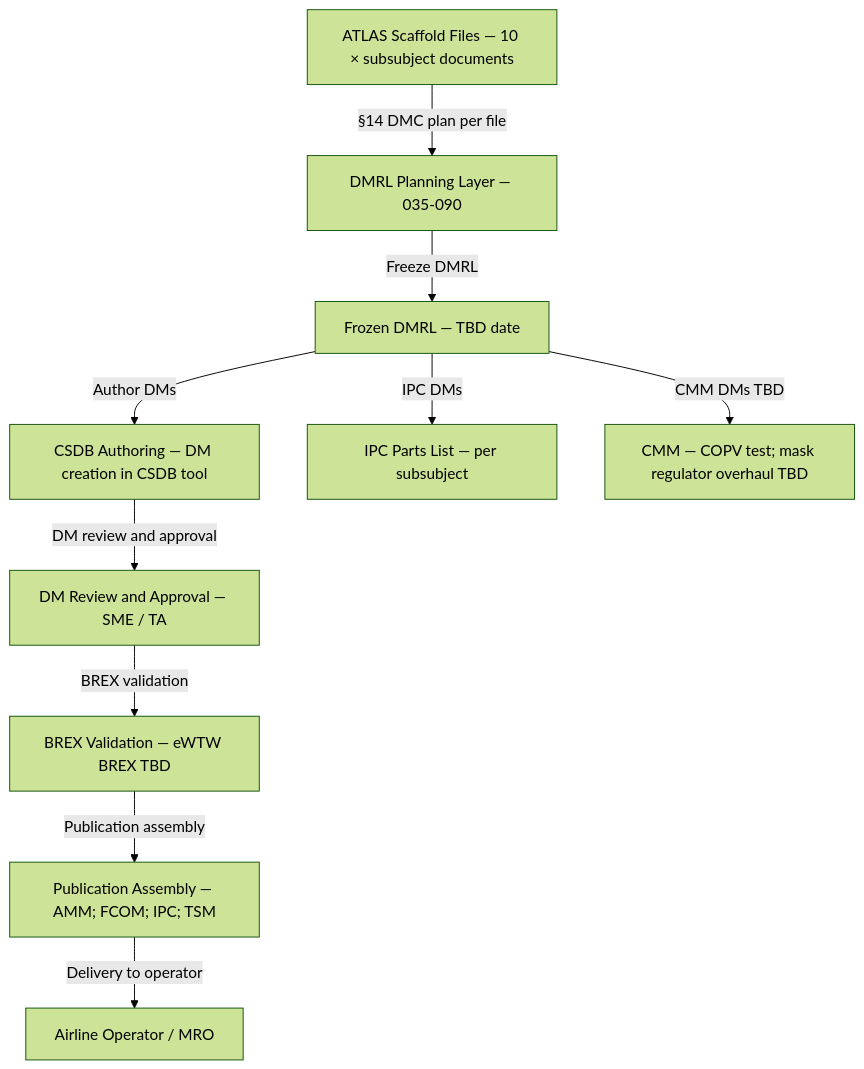
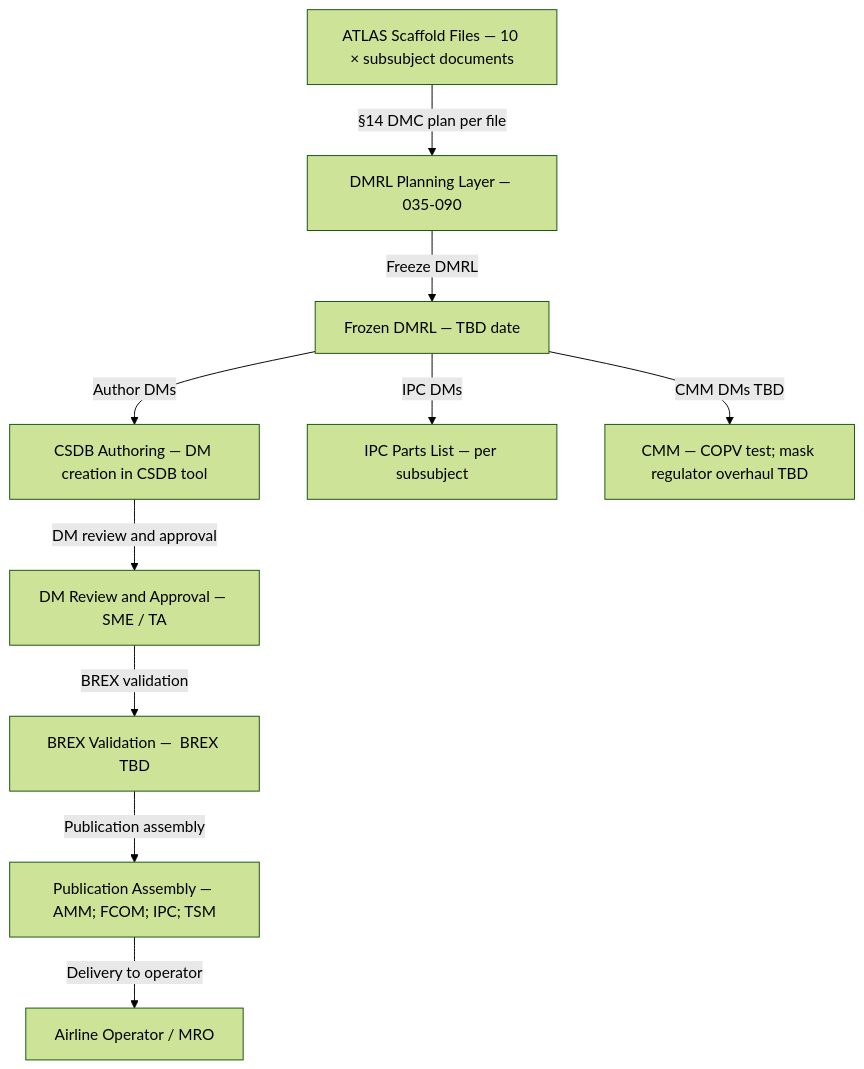
Before and after one commit to AmedeoPelliccia/Qplus-For-All-Queer-People-and-Quantum: the second of 3 diagrams in Q+ATLANTIDE/000-099_ATLAS/030-039_Proteccion-y-Sistemas-Mecanicos/035_Oxygen/035-090-S1000D-CSDB-Mapping-and-Traceability.md, drawn with Mermaid (forest theme). The commit also changed other lines of this file and 51 other files, not shown here.

````diff
--- a/Q+ATLANTIDE/000-099_ATLAS/030-039_Proteccion-y-Sistemas-Mecanicos/035_Oxygen/035-090-S1000D-CSDB-Mapping-and-Traceability.md
+++ b/Q+ATLANTIDE/000-099_ATLAS/030-039_Proteccion-y-Sistemas-Mecanicos/035_Oxygen/035-090-S1000D-CSDB-Mapping-and-Traceability.md
@@ -281,12 +282,12 @@
 ```mermaid
 flowchart TB
     ATLAS[ATLAS Scaffold Files — 10 × subsubject documents] -->|§14 DMC plan per file| PLANNING[DMRL Planning Layer — 035-090]
     PLANNING -->|Freeze DMRL| FREEZE[Frozen DMRL — TBD date]
     FREEZE -->|Author DMs| CSDBAUTH[CSDB Authoring — DM creation in CSDB tool]
     CSDBAUTH -->|DM review and approval| DMAPPROVE[DM Review and Approval — SME / TA]
-    DMAPPROVE -->|BREX validation| BREXVAL[BREX Validation — eWTW BREX TBD]
+    DMAPPROVE -->|BREX validation| BREXVAL[BREX Validation — <PROGRAMME-SHORT> BREX TBD]
     BREXVAL -->|Publication assembly| PUB[Publication Assembly — AMM; FCOM; IPC; TSM]
     PUB -->|Delivery to operator| OPERATOR[Airline Operator / MRO]
     FREEZE -->|IPC DMs| IPC[IPC Parts List — per subsubject]
     FREEZE -->|CMM DMs TBD| CMM[CMM — COPV test; mask regulator overhaul TBD]
 ```
````
